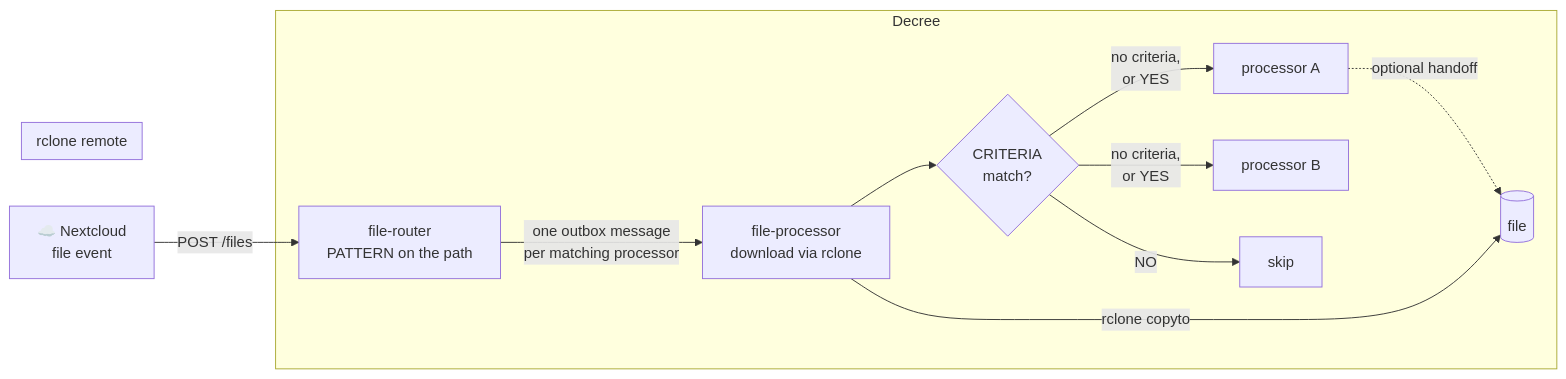
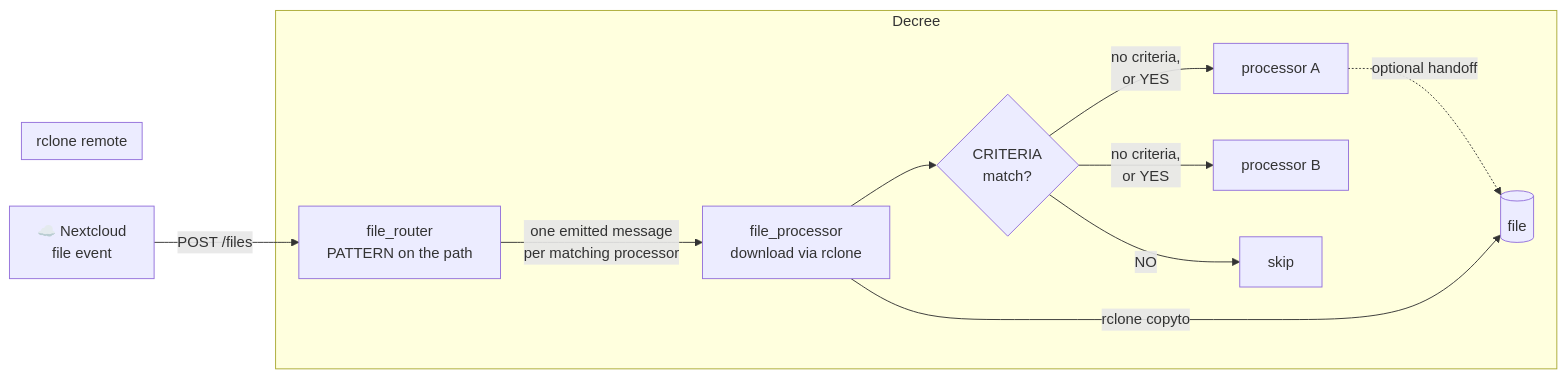
The diagram in site/docs/decree/file-change-processing.md (jtmckay/existential), drawn with Mermaid before and after one commit. The commit also changed other lines of this file and 108 other files, not shown here.

````diff
--- a/site/docs/decree/file-change-processing.md
+++ b/site/docs/decree/file-change-processing.md
@@ -18,26 +18,26 @@
 ```mermaid
 flowchart LR
     A["☁️ Nextcloud
 file event"] -->|POST /files| B
 
     subgraph decree["Decree"]
-        B["file-router\nPATTERN on the path"]
-        C["file-processor\ndownload via rclone"]
+        B["file_router\nPATTERN on the path"]
+        C["file_processor\ndownload via rclone"]
         G{"CRITERIA\nmatch?"}
         D1["processor A"]
         D2["processor B"]
-        E["agent-task\n→ hermes gateway"]
-        B -->|"one outbox message\nper matching processor"| C
+        E["agent_task\n→ hermes gateway"]
+        B -->|"one emitted message\nper matching processor"| C
         C --> G
         G -->|"no criteria,\nor YES"| D1
         G -->|"no criteria,\nor YES"| D2
         G -->|"NO"| X["skip"]
         D1 -.->|"optional handoff"| E
     end
 
     subgraph storage["rclone remote"]
         E[("file")]
     end
 
     C -->|"rclone copyto"| E
 ```
````
